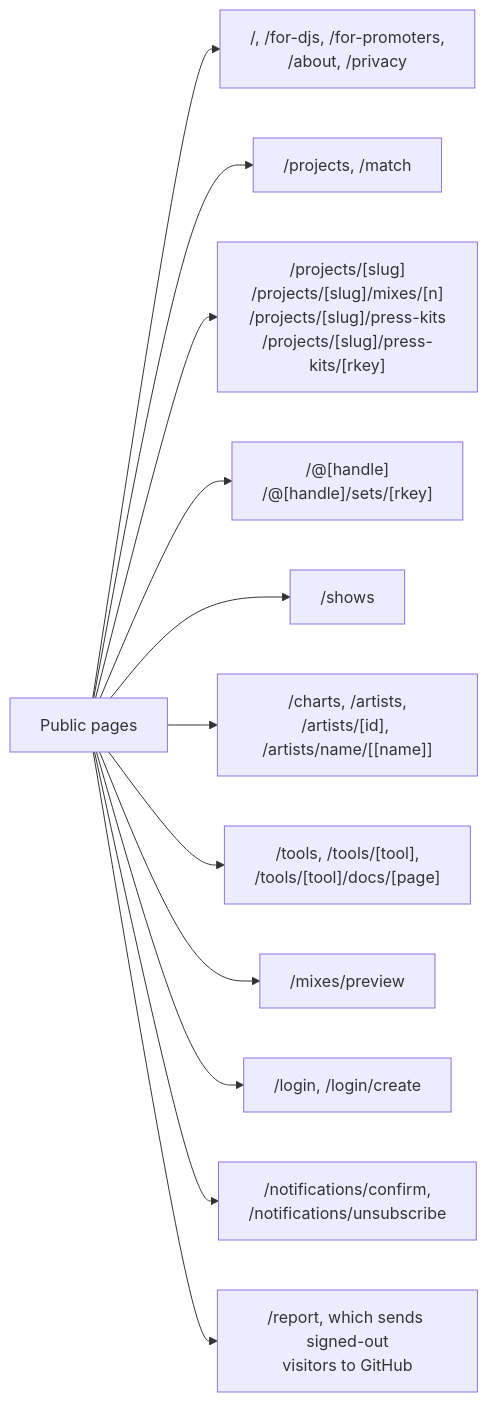
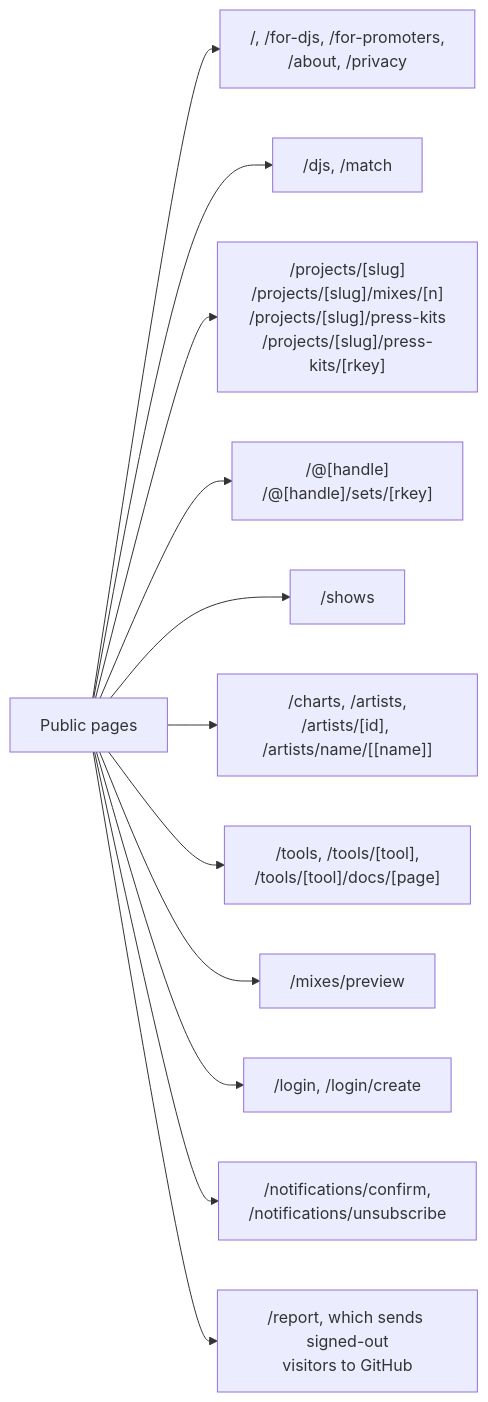
Before and after one commit to cutenode/localnetwork: the seventh of 11 diagrams in apps/web/docs/diagrams/requests-and-routes.md, drawn with Mermaid. The commit also changed 68 other files, not shown here.

First line of the commit message:
feat(web): find DJs at /djs, and save DJs to the planner

````diff
--- a/apps/web/docs/diagrams/requests-and-routes.md
+++ b/apps/web/docs/diagrams/requests-and-routes.md
@@ -156,15 +156,15 @@
 ```mermaid
 flowchart LR
   Public["Public pages"]
   Public --> Home["/, /for-djs, /for-promoters,<br/>/about, /privacy"]
-  Public --> Find["/projects, /match"]
+  Public --> Find["/djs, /match"]
   Public --> Performer["/projects/[slug]<br/>/projects/[slug]/mixes/[n]<br/>/projects/[slug]/press-kits<br/>/projects/[slug]/press-kits/[rkey]"]
   Public --> Profile["/@[handle]<br/>/@[handle]/sets/[rkey]"]
   Public --> Shows["/shows"]
   Public --> Music["/charts, /artists,<br/>/artists/[id], /artists/name/[[name]]"]
   Public --> Tools["/tools, /tools/[tool],<br/>/tools/[tool]/docs/[page]"]
   Public --> Preview["/mixes/preview"]
   Public --> Signin["/login, /login/create"]
   Public --> Mail["/notifications/confirm,<br/>/notifications/unsubscribe"]
   Public --> Report["/report, which sends signed-out<br/>visitors to GitHub"]
 ```
````
